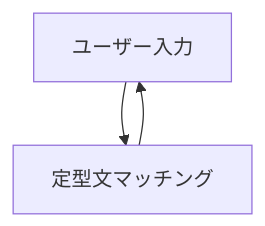
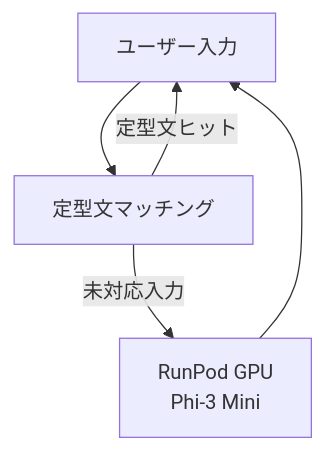
Before and after one commit to MikaKana/snack_misaki: the second of 4 diagrams in docs/architecture.md, drawn with Mermaid. The commit also changed other lines of this file and 4 other files, not shown here.

````diff
--- a/docs/architecture.md
+++ b/docs/architecture.md
@@ -44,5 +50,7 @@
 ```mermaid
 flowchart TD
 F1[ユーザー入力] --> F2[定型文マッチング]
-F2 --> F1
+F2 -->|定型文ヒット| F1
+F2 -->|未対応入力| B1[RunPod GPU\nPhi-3 Mini]
+B1 --> F1
 ```
````
